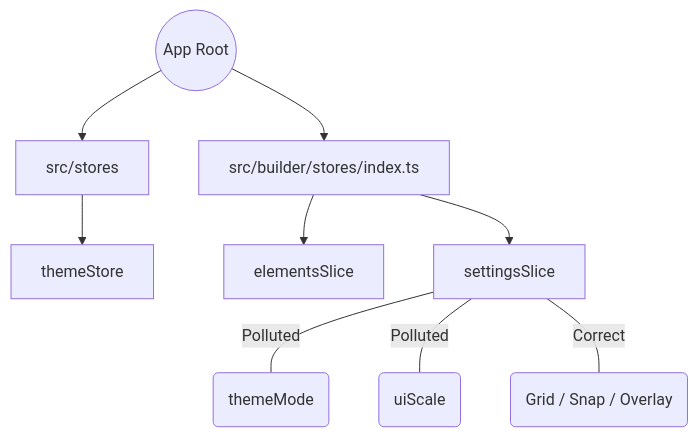
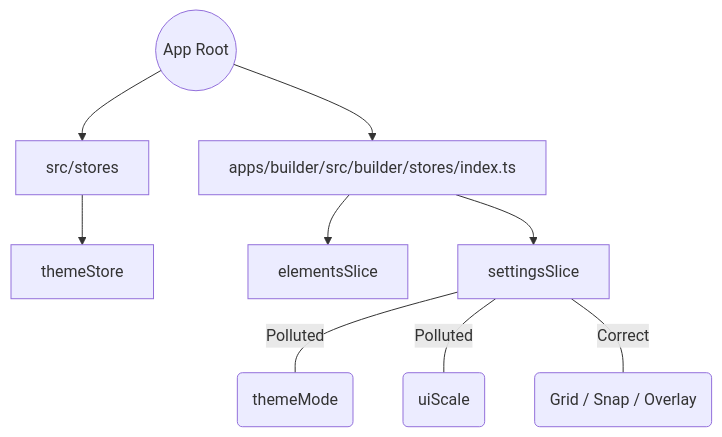
One commit to rblood79/composition changed the diagram in docs/reference/architecture/STRUCTURE_STORE.md. Above: the diagram before and after it, drawn with Mermaid. The commit also changed other lines of this file and 28 other files, not shown here.

````diff
--- a/docs/reference/architecture/STRUCTURE_STORE.md
+++ b/docs/reference/architecture/STRUCTURE_STORE.md
@@ -93,14 +93,14 @@
 ```mermaid
 graph TD
     ROOT((App Root)) --> GLOBAL[src/stores]
-    ROOT --> ENGINE[src/builder/stores/index.ts]
+    ROOT --> ENGINE[apps/builder/src/builder/stores/index.ts]
 
     GLOBAL --> TS[themeStore]
 
     ENGINE --> ELEMENTS[elementsSlice]
     ENGINE --> MIXED_SET[settingsSlice]
 
     MIXED_SET ---|Polluted| TM(themeMode)
     MIXED_SET ---|Polluted| US(uiScale)
     MIXED_SET ---|Correct| CV(Grid / Snap / Overlay)
 ```
````
